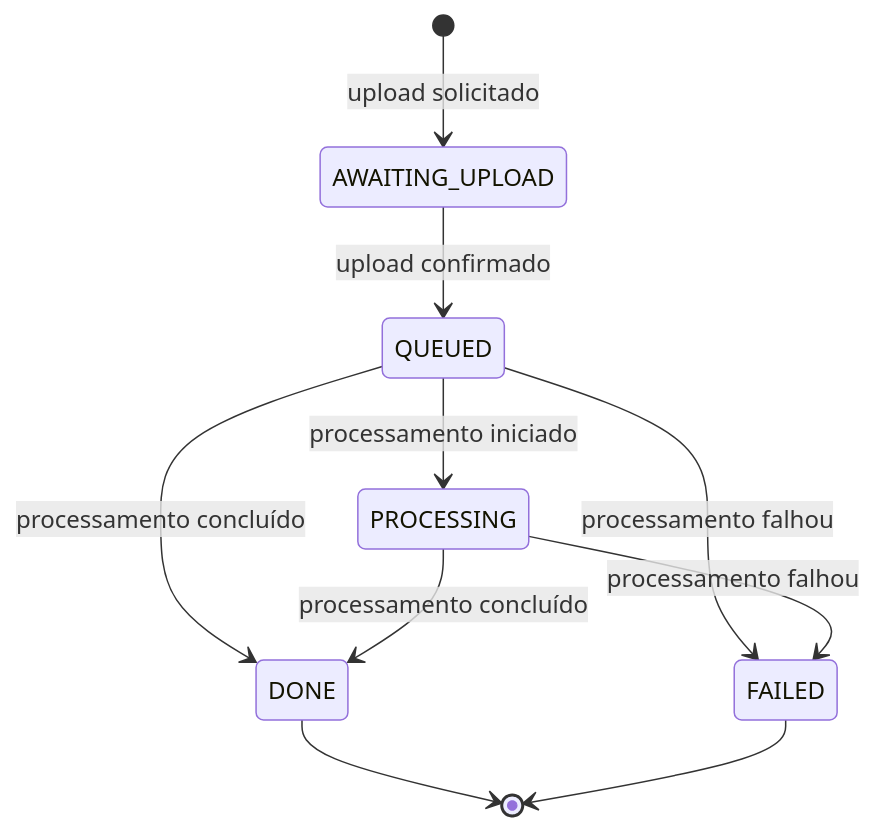
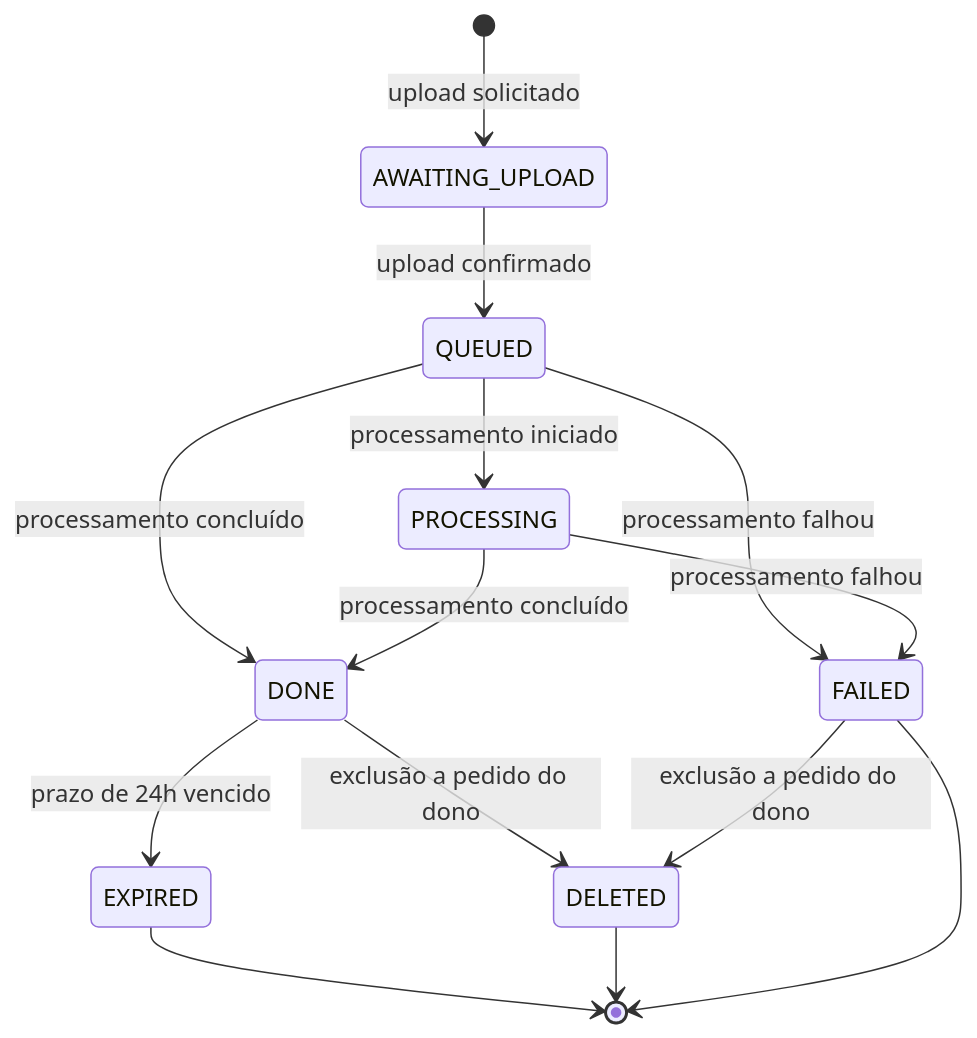
Before and after one commit to knzt/zipframes: the second of 2 diagrams in docs/domain/dominio.md, drawn with Mermaid. The commit also changed other lines of this file and 2 other files, not shown here.

````diff
--- a/docs/domain/dominio.md
+++ b/docs/domain/dominio.md
@@ -109,12 +112,16 @@
 ```mermaid
 stateDiagram-v2
   [*] --> AWAITING_UPLOAD: upload solicitado
   AWAITING_UPLOAD --> QUEUED: upload confirmado
   QUEUED --> PROCESSING: processamento iniciado
   QUEUED --> DONE: processamento concluído
   QUEUED --> FAILED: processamento falhou
   PROCESSING --> DONE: processamento concluído
   PROCESSING --> FAILED: processamento falhou
-  DONE --> [*]
+  DONE --> EXPIRED: prazo de 24h vencido
+  DONE --> DELETED: exclusão a pedido do dono
+  FAILED --> DELETED: exclusão a pedido do dono
+  EXPIRED --> [*]
+  DELETED --> [*]
   FAILED --> [*]
 ```
````
